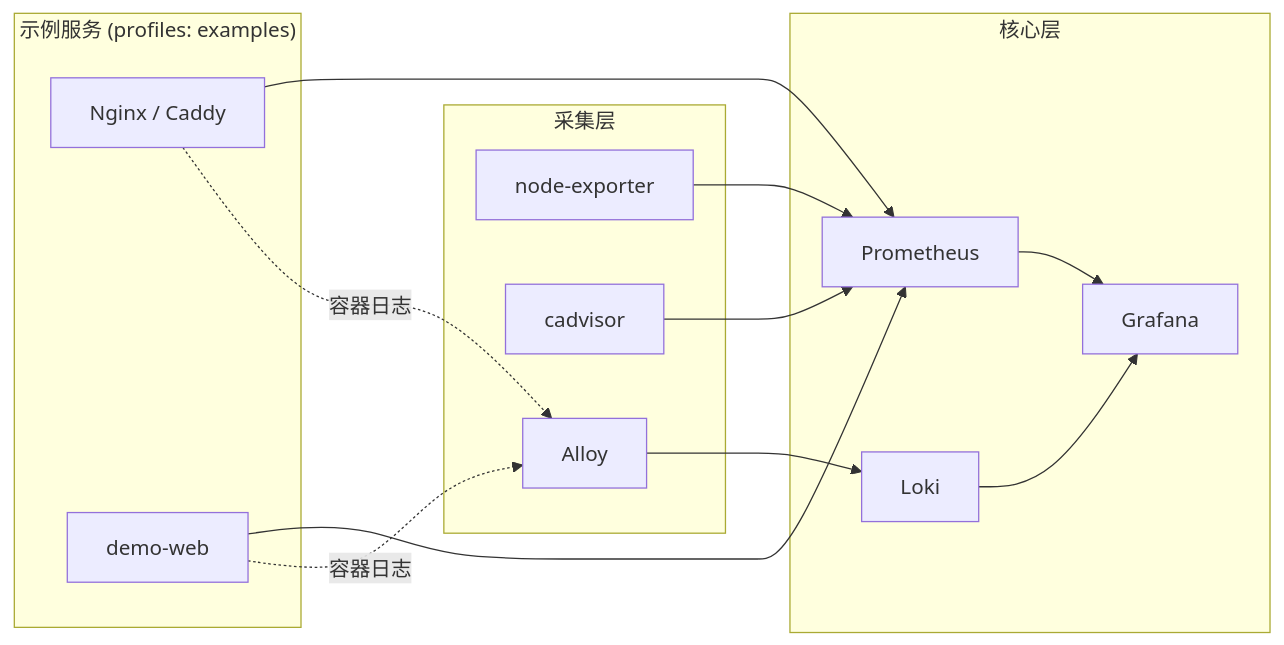
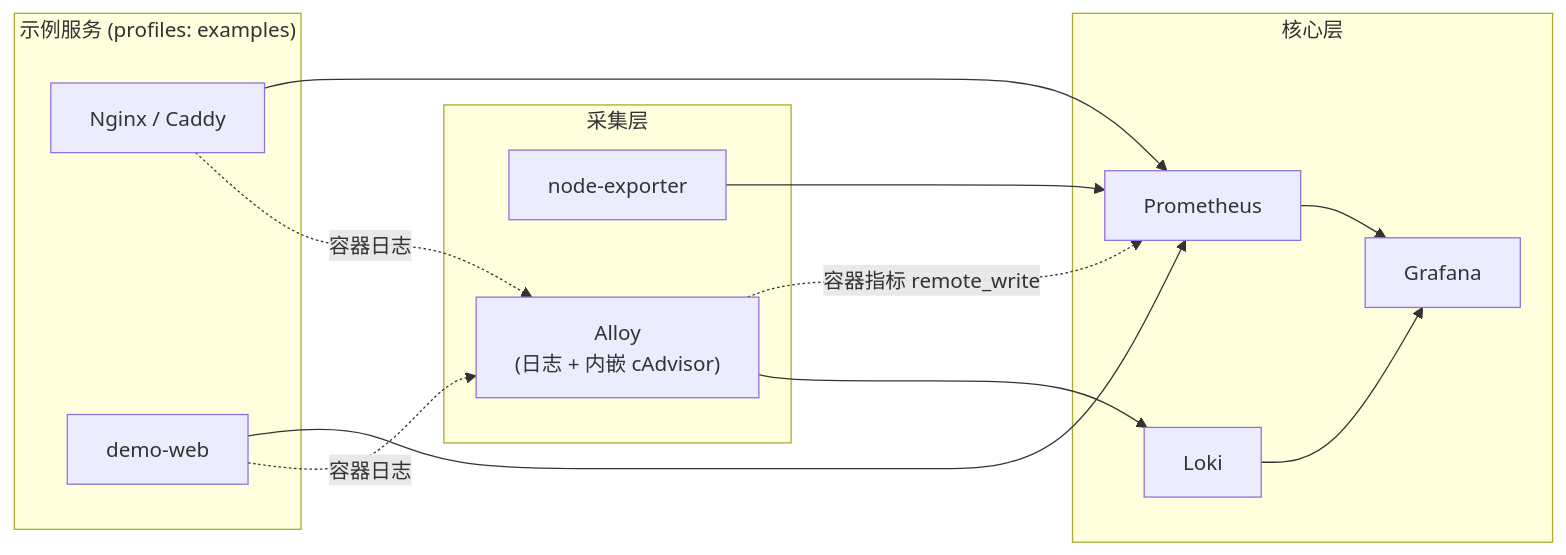
One commit to skarner2016/infra-observability-starter changed the diagram in README.md. Above: the diagram before and after it, drawn with Mermaid. The commit also changed other lines of this file and 9 other files, not shown here.

````diff
--- a/README.md
+++ b/README.md
@@ -7,29 +7,28 @@
 ```mermaid
 flowchart LR
   subgraph ex["示例服务 (profiles: examples)"]
     proxy[Nginx / Caddy]
     web[demo-web]
   end
 
   subgraph collect["采集层"]
     node[node-exporter]
-    cad[cadvisor]
-    alloy[Alloy]
+    alloy["Alloy<br/>(日志 + 内嵌 cAdvisor)"]
   end
 
   subgraph core["核心层"]
     prom[Prometheus]
     loki[Loki]
     graf[Grafana]
   end
 
   node --> prom
-  cad --> prom
   web --> prom
   proxy --> prom
+  alloy -. 容器指标 remote_write .-> prom
   proxy -. 容器日志 .-> alloy
   web -. 容器日志 .-> alloy
   alloy --> loki
   prom --> graf
   loki --> graf
 ```
````
